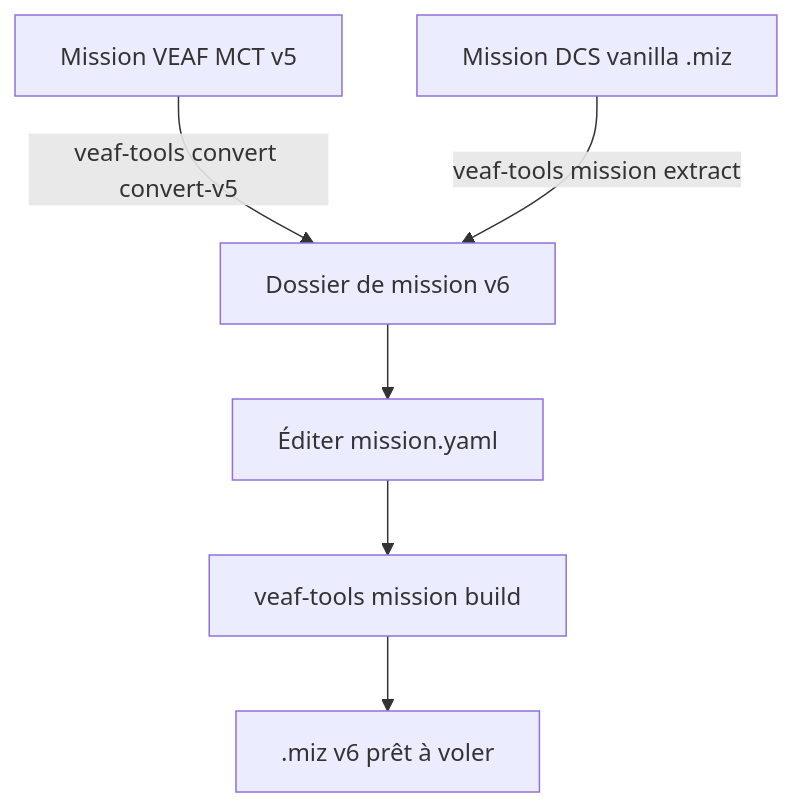
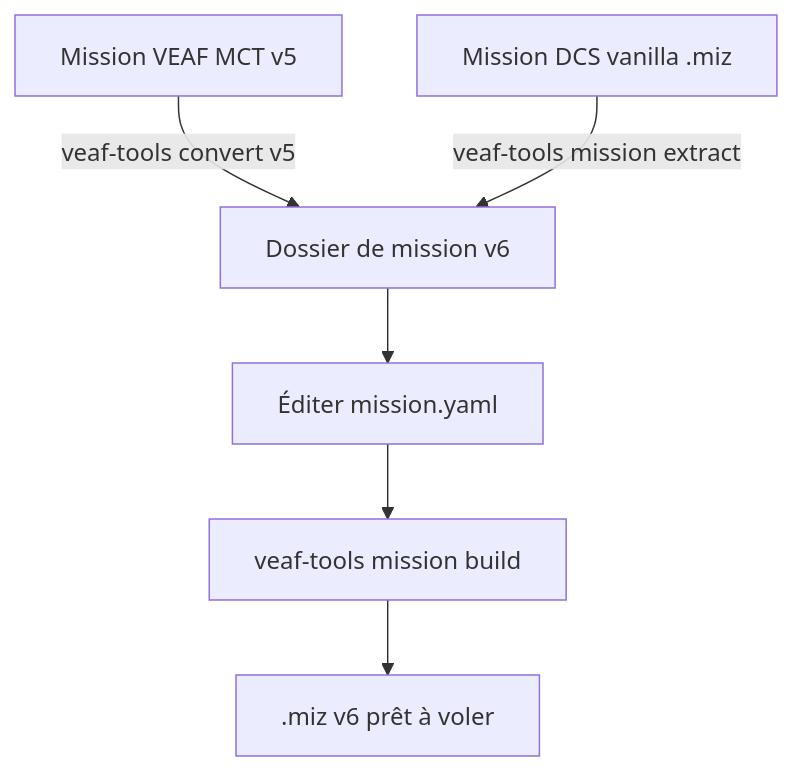
Before and after one commit to VEAF/VEAF-Mission-Creation-Tools: the diagram in doc/mission-maker/MIGRATION_GUIDE.md, drawn with Mermaid. The commit also changed other lines of this file and 14 other files, not shown here.

````diff
--- a/doc/mission-maker/MIGRATION_GUIDE.md
+++ b/doc/mission-maker/MIGRATION_GUIDE.md
@@ -10,8 +10,8 @@
 ```mermaid
 flowchart TD
-    V5[Mission VEAF MCT v5] -->|veaf-tools convert convert-v5| FOLDER[Dossier de mission v6]
+    V5[Mission VEAF MCT v5] -->|veaf-tools convert v5| FOLDER[Dossier de mission v6]
     VAN[Mission DCS vanilla .miz] -->|veaf-tools mission extract| FOLDER
     FOLDER --> CFG[Éditer mission.yaml]
     CFG --> BUILD[veaf-tools mission build]
     BUILD --> MIZ[.miz v6 prêt à voler]
 ```
````
